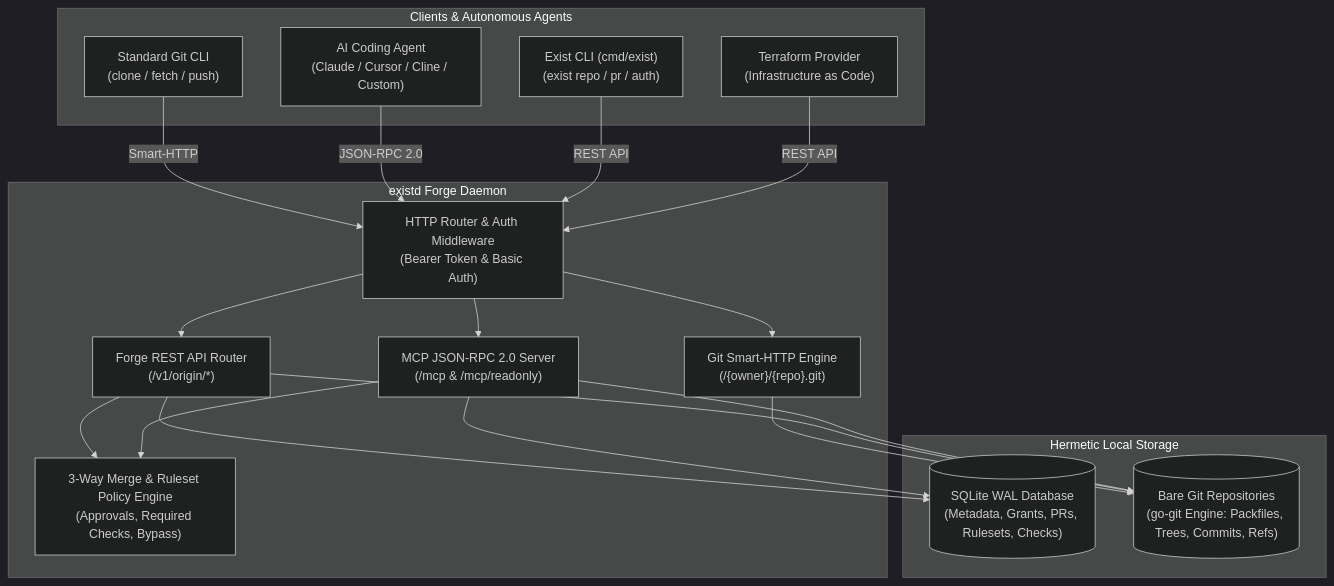
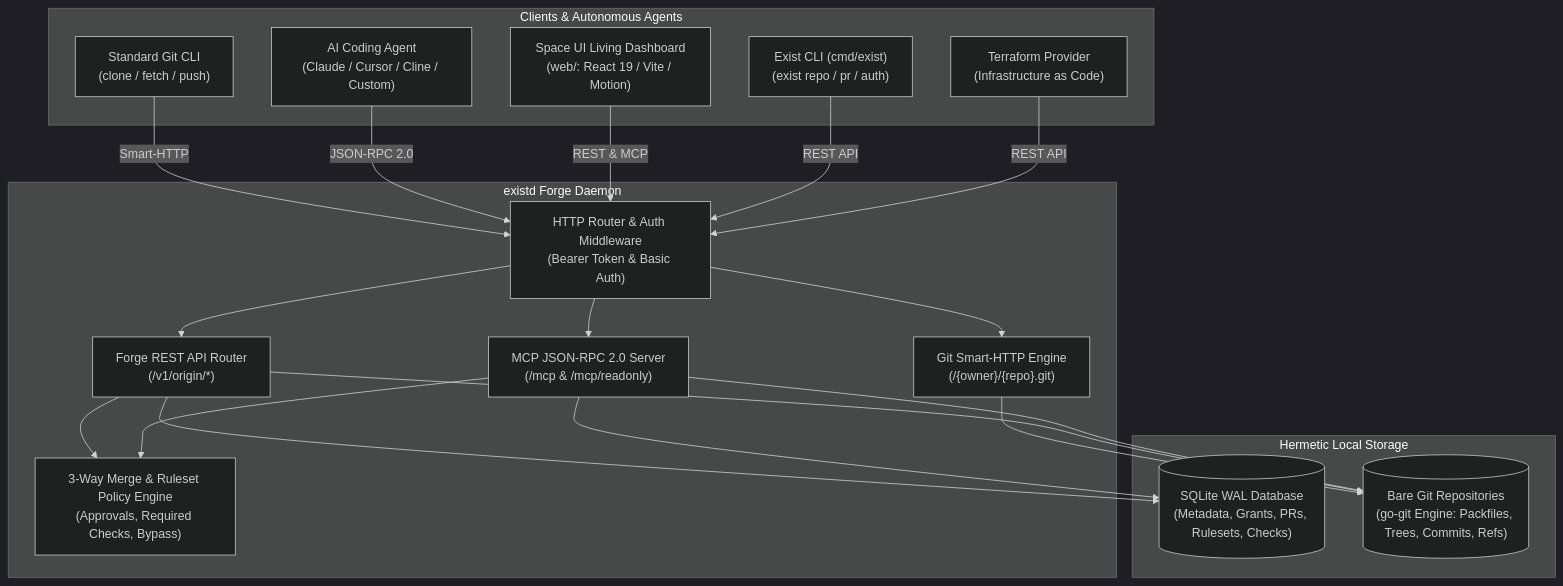
The diagram in README.md (RavaniRoshan/exist.io), drawn with Mermaid (dark theme) before and after one commit. The commit also changed other lines of this file and 38 other files, not shown here.

Commit message:
feat(web): implement Space UI visual dashboard with AI agent MCP telemetry

````diff
--- a/README.md
+++ b/README.md
@@ -71,40 +71,42 @@
 ```mermaid
 flowchart TD
     subgraph Clients["Clients & Autonomous Agents"]
         GitCli["Standard Git CLI<br/>(clone / fetch / push)"]
         Agent["AI Coding Agent<br/>(Claude / Cursor / Cline / Custom)"]
+        WebUI["Space UI Living Dashboard<br/>(web/: React 19 / Vite / Motion)"]
         DevCli["Exist CLI (cmd/exist)<br/>(exist repo / pr / auth)"]
         IaC["Terraform Provider<br/>(Infrastructure as Code)"]
     end
 
     subgraph Daemon["existd Forge Daemon"]
         Gateway["HTTP Router & Auth Middleware<br/>(Bearer Token & Basic Auth)"]
         SmartHTTP["Git Smart-HTTP Engine<br/>(/{owner}/{repo}.git)"]
         MCPServer["MCP JSON-RPC 2.0 Server<br/>(/mcp & /mcp/readonly)"]
         REST["Forge REST API Router<br/>(/v1/origin/*)"]
         PolicyEngine["3-Way Merge & Ruleset Policy Engine<br/>(Approvals, Required Checks, Bypass)"]
     end
 
     subgraph Storage["Hermetic Local Storage"]
         MetaDB[("SQLite WAL Database<br/>(Metadata, Grants, PRs, Rulesets, Checks)")]
         GitRepo[("Bare Git Repositories<br/>(go-git Engine: Packfiles, Trees, Commits, Refs)")]
     end
 
     GitCli -->|Smart-HTTP| Gateway
     Agent -->|JSON-RPC 2.0| Gateway
+    WebUI -->|REST & MCP| Gateway
     DevCli -->|REST API| Gateway
     IaC -->|REST API| Gateway
 
     Gateway --> SmartHTTP
     Gateway --> MCPServer
     Gateway --> REST
 
     REST --> PolicyEngine
     MCPServer --> PolicyEngine
 
     SmartHTTP --> GitRepo
     REST --> GitRepo
     REST --> MetaDB
     MCPServer --> GitRepo
     MCPServer --> MetaDB
 ```
````
